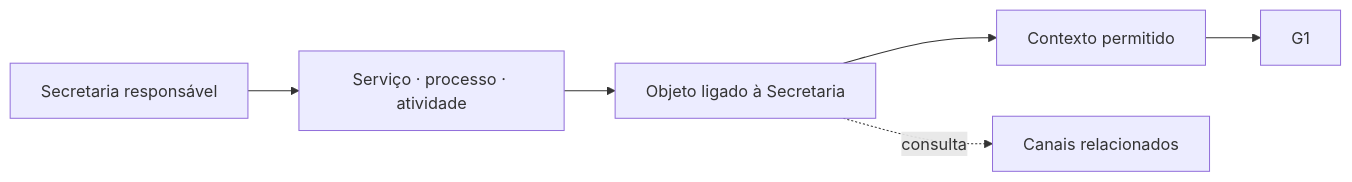
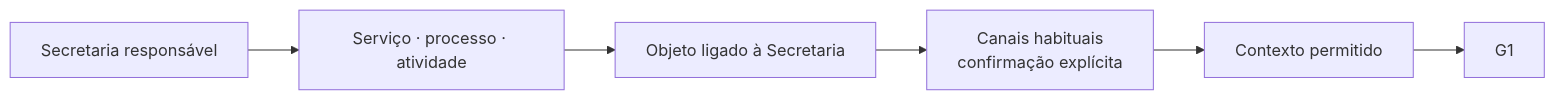
The second of 3 diagrams in docs/arquitetura/CONTRATO_IDENTIDADE_E_CONTEXTO_INICIAL.md (ailtonfv/governanca-lgpd-hortolandia), drawn with Mermaid before and after one commit. The commit also changed other lines of this file and 10 other files, not shown here.

````diff
--- a/docs/arquitetura/CONTRATO_IDENTIDADE_E_CONTEXTO_INICIAL.md
+++ b/docs/arquitetura/CONTRATO_IDENTIDADE_E_CONTEXTO_INICIAL.md
@@ -46,8 +54,8 @@
 ```mermaid
 flowchart LR
     U["Secretaria responsável"] --> T["Serviço · processo · atividade"]
     T --> O["Objeto ligado à Secretaria"]
-    O --> X["Contexto permitido"]
+    O --> K["Canais habituais<br/>confirmação explícita"]
+    K --> X["Contexto permitido"]
     X --> G["G1"]
-    O -. "consulta" .-> K["Canais relacionados"]
 ```
````
